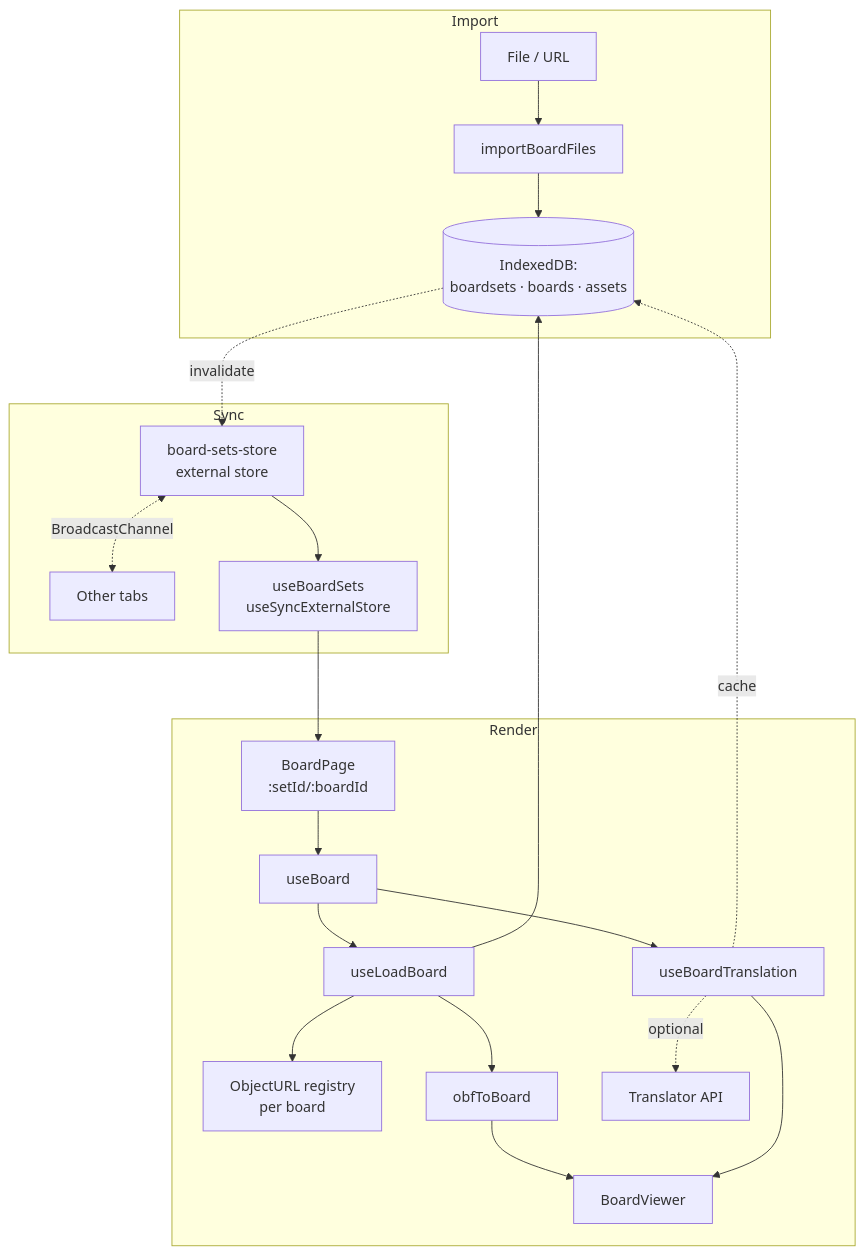
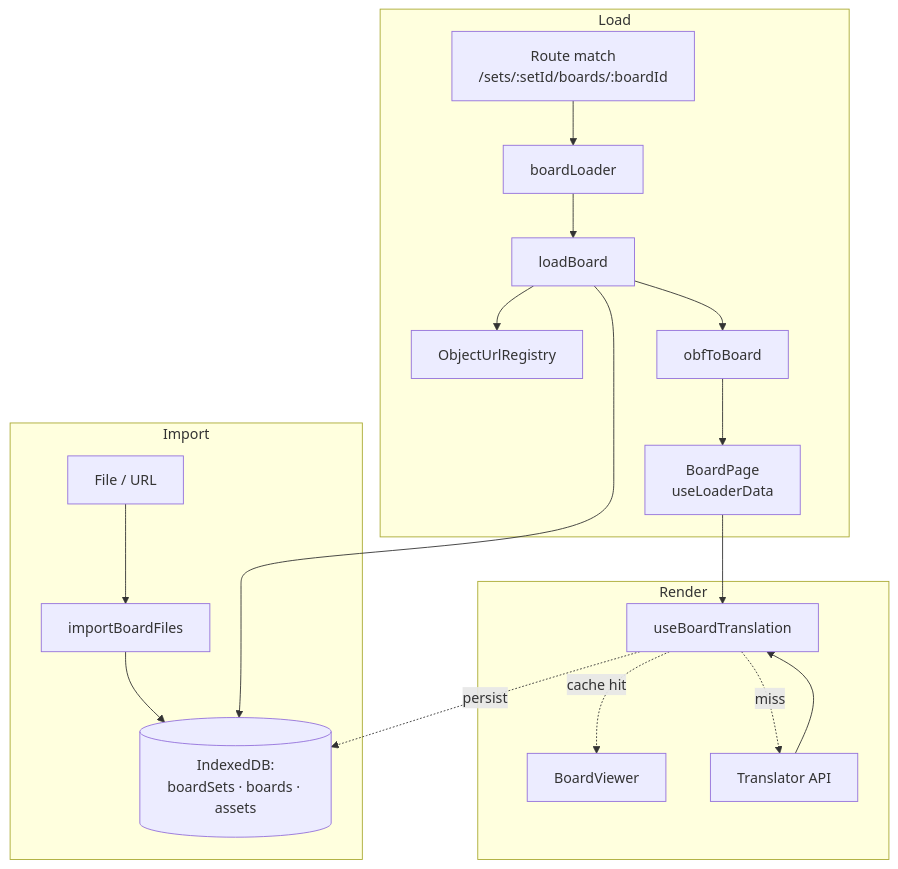
Before and after one commit to shayc/aac-board-ai: the diagram in docs/architecture.md, drawn with Mermaid. The commit also changed other lines of this file and 1 other file, not shown here.

First line of the commit message:
docs: rewrite architecture.md to reflect post-data-mode codebase (#325)

````diff
--- a/docs/architecture.md
+++ b/docs/architecture.md
@@ -73,28 +61,24 @@
 ```mermaid
 flowchart TD
   subgraph Import
     A[File / URL] --> B[importBoardFiles]
-    B --> C[(IndexedDB:<br/>boardsets · boards · assets)]
+    B --> C[(IndexedDB:<br/>boardSets · boards · assets)]
   end
 
-  subgraph Sync
-    C -. invalidate .-> D[board-sets-store<br/>external store]
-    D <-. BroadcastChannel .-> D2[Other tabs]
-    D --> E[useBoardSets<br/>useSyncExternalStore]
+  subgraph Load
+    R[Route match<br/>/sets/:setId/boards/:boardId] --> L[boardLoader]
+    L --> Q[loadBoard]
+    Q --> C
+    Q --> O[ObjectUrlRegistry]
+    Q --> M[obfToBoard]
+    M --> P[BoardPage<br/>useLoaderData]
   end
 
   subgraph Render
-    F[BoardPage<br/>:setId/:boardId] --> G[useBoard]
-    G --> H[useLoadBoard]
-    H --> C
-    H --> I[ObjectURL registry<br/>per board]
-    H --> J[obfToBoard]
-    G --> K[useBoardTranslation]
-    K -. optional .-> L[Translator API]
-    K -. cache .-> C
-    J --> M[BoardViewer]
-    K --> M
+    P --> T[useBoardTranslation]
+    T -. cache hit .-> V[BoardViewer]
+    T -. miss .-> X[Translator API]
+    X --> T
+    T -. persist .-> C
   end
-
-  E --> F
 ```
````
